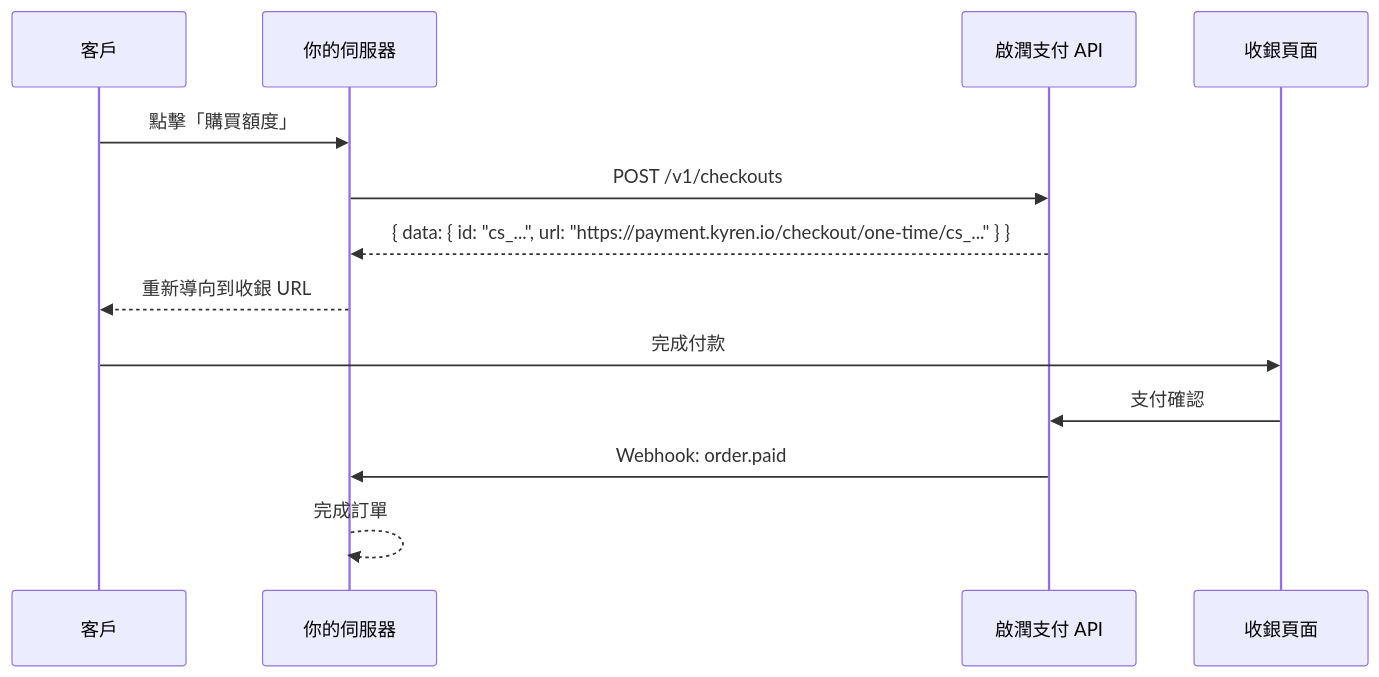
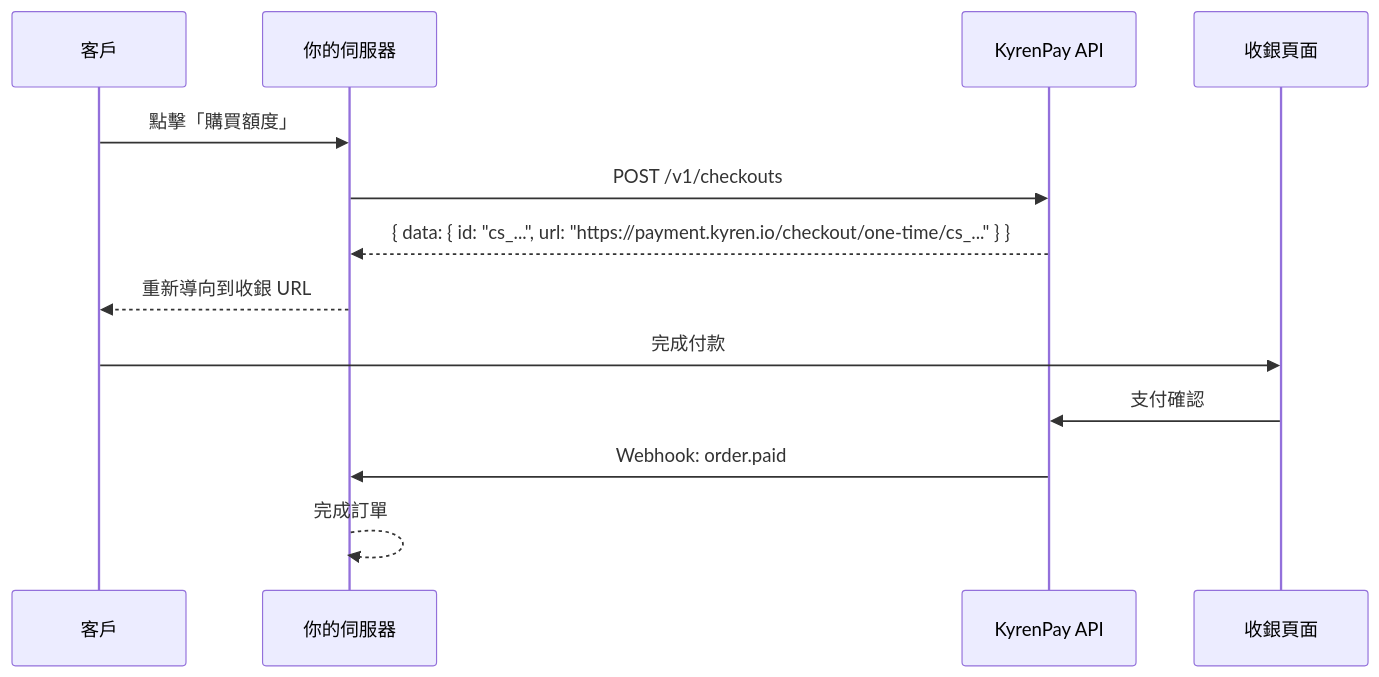
The diagram in zh-Hant/guides/collect-first-payment.mdx (kyren-network/mintlify-docs), drawn with Mermaid before and after one commit. The commit also changed other lines of this file and 160 other files, not shown here.

Commit message:
docs: align KyrenPay branding and improve multilingual SEO

````diff
--- a/zh-Hant/guides/collect-first-payment.mdx
+++ b/zh-Hant/guides/collect-first-payment.mdx
@@ -24,16 +25,16 @@
 ```mermaid
 sequenceDiagram
     participant Customer as 客戶
     participant YourServer as 你的伺服器
-    participant KyrenPay as 啟潤支付 API
+    participant KyrenPay as KyrenPay API
     participant Checkout as 收銀頁面
 
     Customer->>YourServer: 點擊「購買額度」
     YourServer->>KyrenPay: POST /v1/checkouts
     KyrenPay-->>YourServer: { data: { id: "cs_...", url: "https://payment.kyren.io/checkout/one-time/cs_..." } }
     YourServer-->>Customer: 重新導向到收銀 URL
     Customer->>Checkout: 完成付款
     Checkout->>KyrenPay: 支付確認
     KyrenPay->>YourServer: Webhook: order.paid
     YourServer-->>YourServer: 完成訂單
 ```
````
